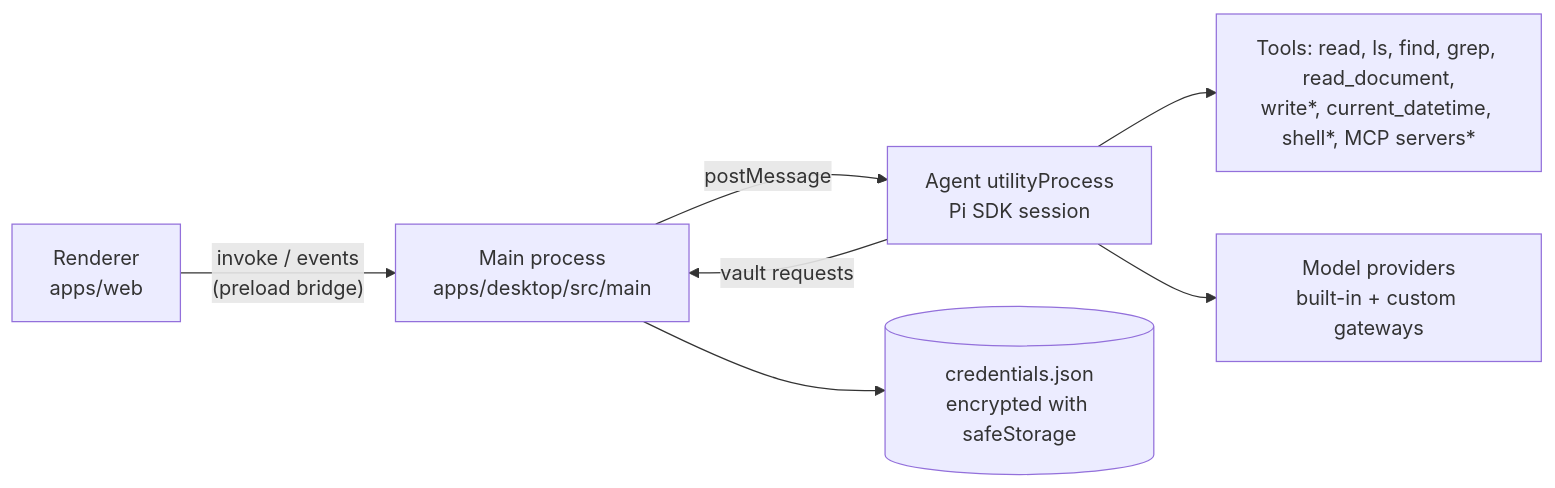
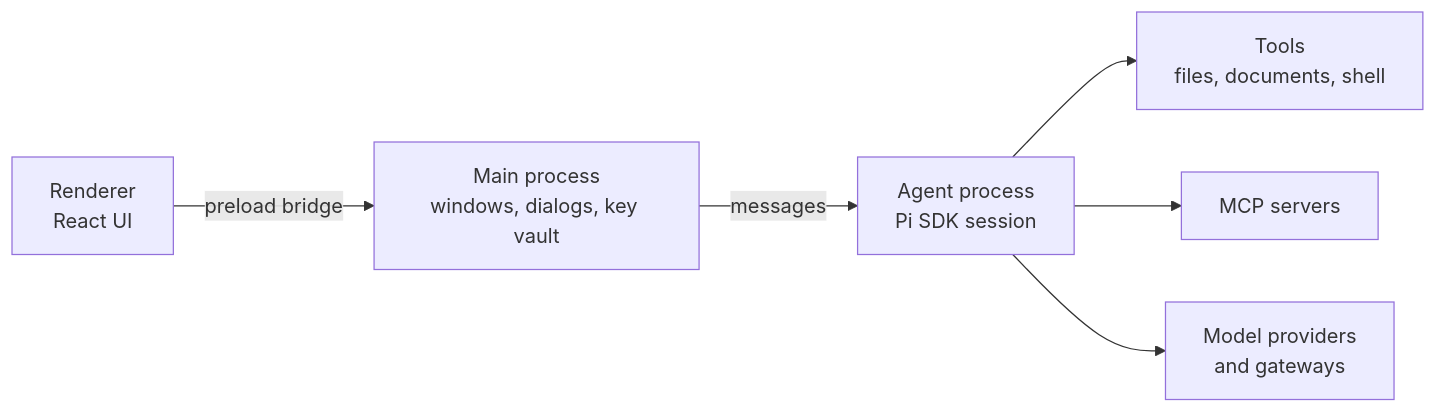
One commit to pp-techs/pp-agent changed the diagram in README.md. Above: the diagram before and after it, drawn with Mermaid. The commit also changed other lines of this file and 32 other files, not shown here.

````diff
--- a/README.md
+++ b/README.md
@@ -28,9 +60,8 @@
 ```mermaid
 flowchart LR
-  R[Renderer<br/>apps/web] -- "invoke / events<br/>(preload bridge)" --> M[Main process<br/>apps/desktop/src/main]
-  M -- postMessage --> A[Agent utilityProcess<br/>Pi SDK session]
-  A --> T[Tools: read, ls, find, grep, read_document,<br/>write*, current_datetime, shell*, MCP servers*]
-  A --> G[Model providers<br/>built-in + custom gateways]
-  A -- "vault requests" --> M
-  M --> S[(credentials.json<br/>encrypted with safeStorage)]
+  R[Renderer<br/>React UI] -- "preload bridge" --> M[Main process<br/>windows, dialogs, key vault]
+  M -- messages --> A[Agent process<br/>Pi SDK session]
+  A --> T[Tools<br/>files, documents, shell]
+  A --> X[MCP servers]
+  A --> P[Model providers<br/>and gateways]
 ```
````
